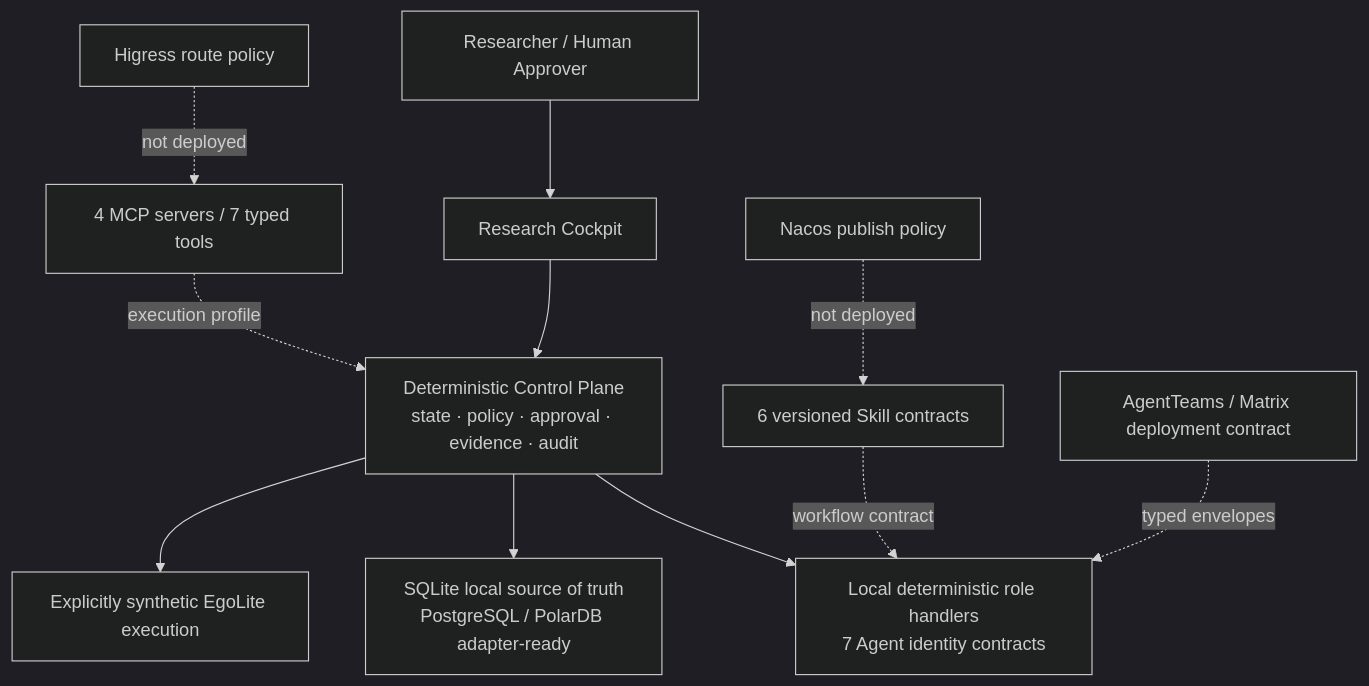
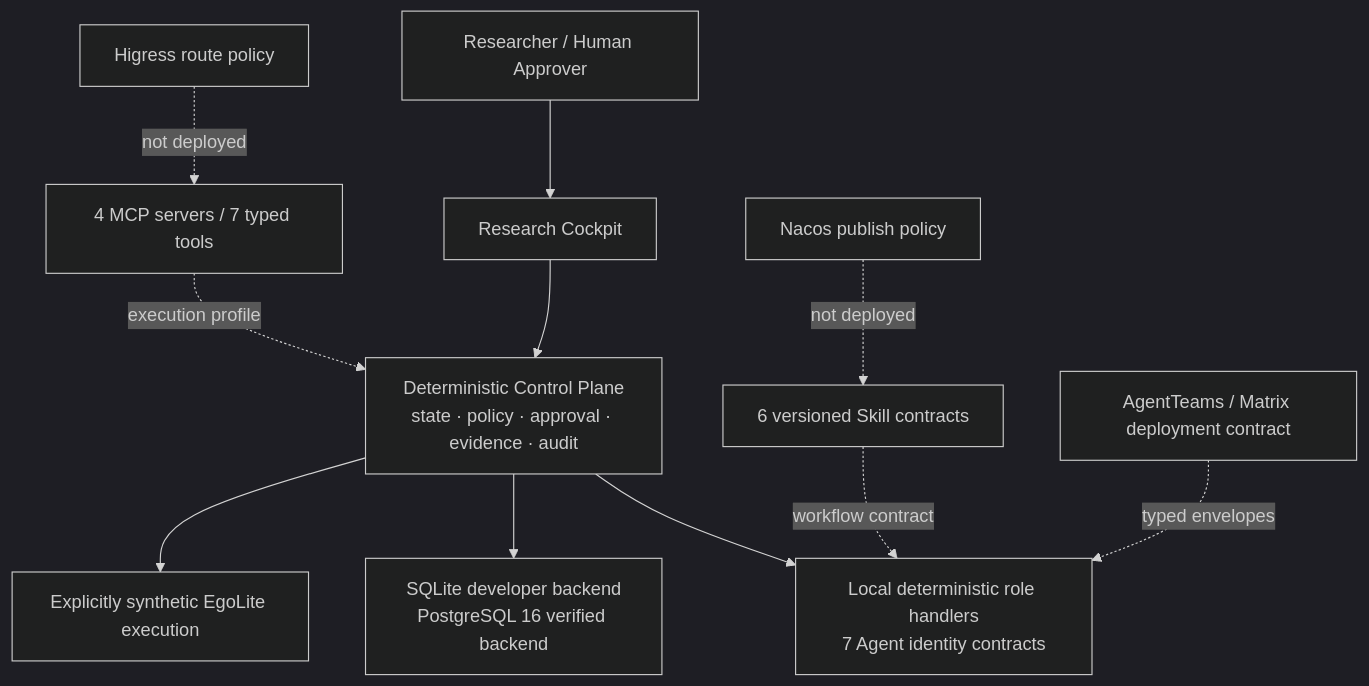
The diagram in README.md (Sorasky681/ego_agent_infra_secure_memory), drawn with Mermaid (dark theme) before and after one commit. The commit also changed other lines of this file and 23 other files, not shown here.

Commit message:
Add verified PostgreSQL control-plane store

````diff
--- a/README.md
+++ b/README.md
@@ -78,13 +79,13 @@
 ```mermaid
 flowchart TB
   H["Researcher / Human Approver"] --> UI["Research Cockpit"]
   UI --> CP["Deterministic Control Plane\nstate · policy · approval · evidence · audit"]
   CP --> A["Local deterministic role handlers\n7 Agent identity contracts"]
-  CP --> DB["SQLite local source of truth\nPostgreSQL / PolarDB adapter-ready"]
+  CP --> DB["SQLite developer backend\nPostgreSQL 16 verified backend"]
   CP --> X["Explicitly synthetic EgoLite execution"]
   S["6 versioned Skill contracts"] -. workflow contract .-> A
   T["4 MCP servers / 7 typed tools"] -. execution profile .-> CP
   AT["AgentTeams / Matrix deployment contract"] -. typed envelopes .-> A
   HG["Higress route policy"] -. not deployed .-> T
   NC["Nacos publish policy"] -. not deployed .-> S
 ```
````
